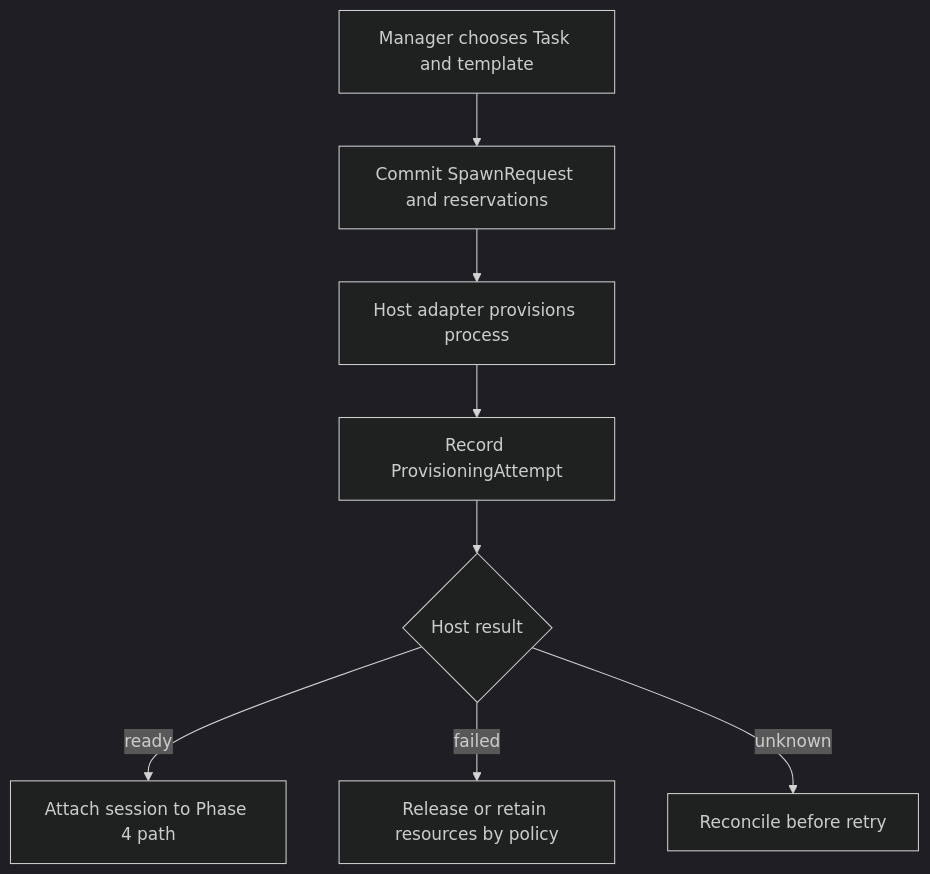
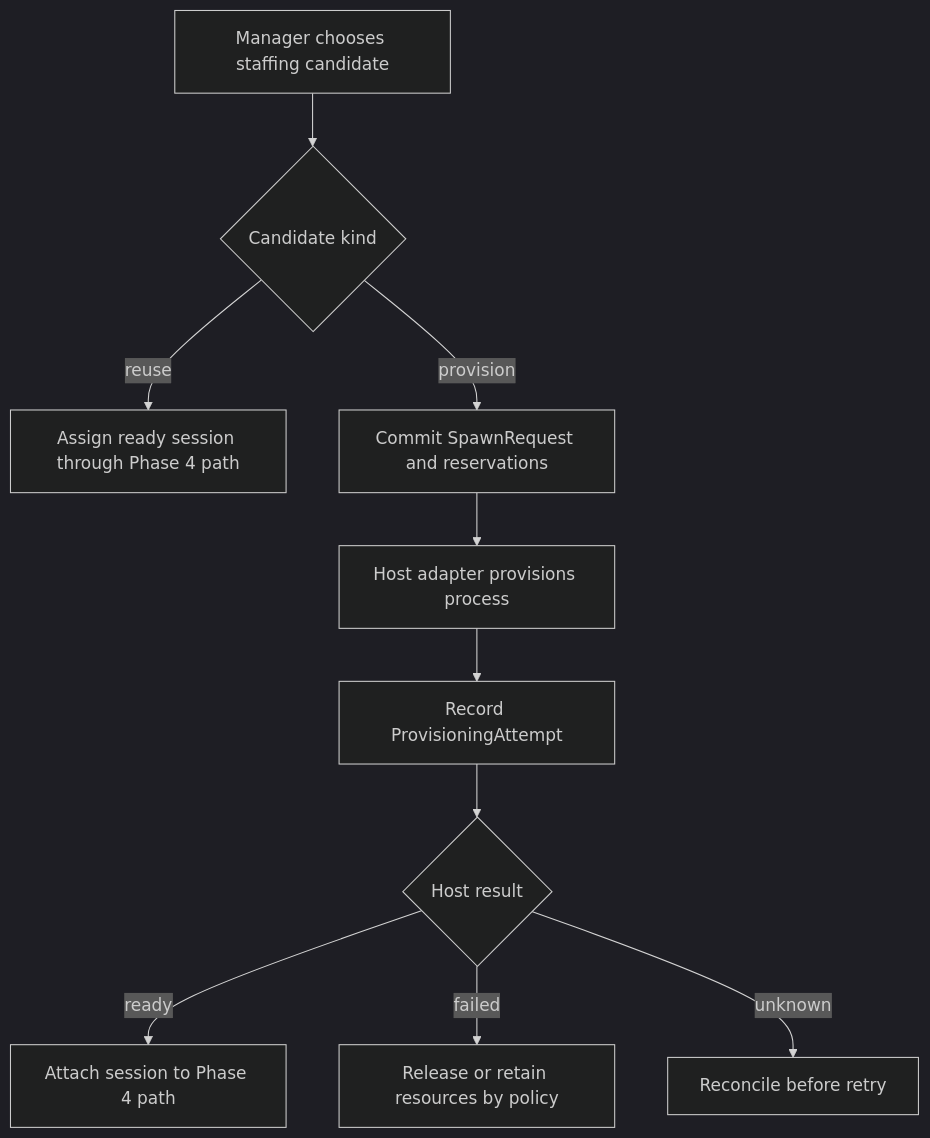
Before and after one commit to infagent/merl: the diagram in docs/plans/delegated-agent-management.md, drawn with Mermaid (dark theme). The commit also changed other lines of this file and 1 other file, not shown here.

````diff
--- a/docs/plans/delegated-agent-management.md
+++ b/docs/plans/delegated-agent-management.md
@@ -61,10 +68,12 @@
 ```mermaid
 flowchart TB
-    M[Manager chooses Task and template] --> P[Commit SpawnRequest and reservations]
+    M[Manager chooses staffing candidate] --> Q{Candidate kind}
+    Q -->|reuse| U[Assign ready session through Phase 4 path]
+    Q -->|provision| P[Commit SpawnRequest and reservations]
     P --> H[Host adapter provisions process]
     H --> A[Record ProvisioningAttempt]
-    A --> Q{Host result}
-    Q -->|ready| S[Attach session to Phase 4 path]
-    Q -->|failed| F[Release or retain resources by policy]
-    Q -->|unknown| R[Reconcile before retry]
+    A --> Z{Host result}
+    Z -->|ready| S[Attach session to Phase 4 path]
+    Z -->|failed| F[Release or retain resources by policy]
+    Z -->|unknown| R[Reconcile before retry]
 ```
````
